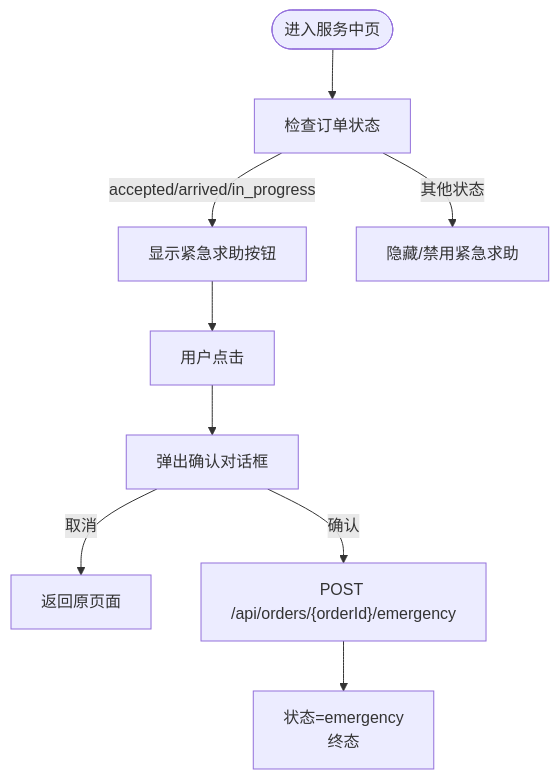
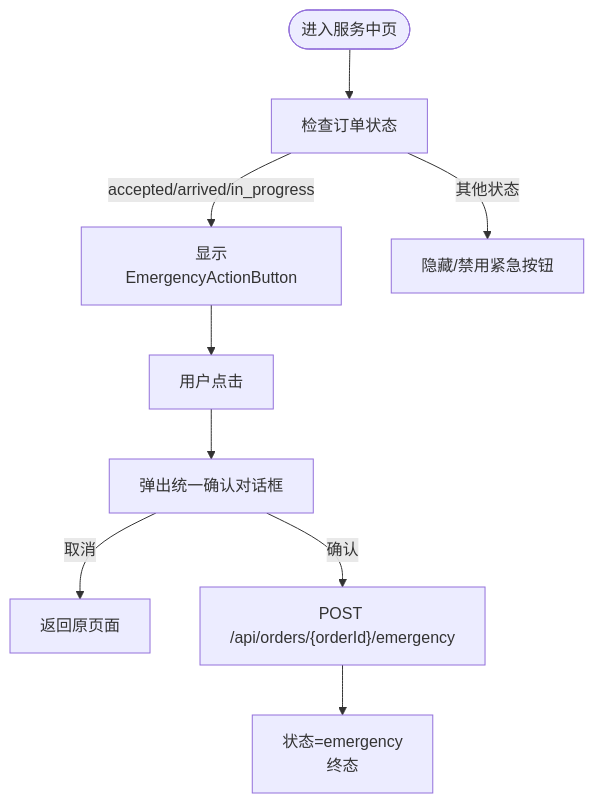
Before and after one commit to Jayden23018/blind-run-ios: the fifth of 7 diagrams in .qoder/repowiki/zh/content/核心功能模块/盲人跑者功能/紧急求助功能.md, drawn with Mermaid. The commit also changed other lines of this file and 11 other files, not shown here.

````diff
--- a/.qoder/repowiki/zh/content/核心功能模块/盲人跑者功能/紧急求助功能.md
+++ b/.qoder/repowiki/zh/content/核心功能模块/盲人跑者功能/紧急求助功能.md
@@ -109,11 +194,11 @@
 ```mermaid
 flowchart TD
 Start(["进入服务中页"]) --> Check["检查订单状态"]
-Check --> |accepted/arrived/in_progress| Enable["显示紧急求助按钮"]
-Check --> |其他状态| Disable["隐藏/禁用紧急求助"]
+Check --> |accepted/arrived/in_progress| Enable["显示EmergencyActionButton"]
+Check --> |其他状态| Disable["隐藏/禁用紧急按钮"]
 Enable --> Tap["用户点击"]
-Tap --> Confirm["弹出确认对话框"]
+Tap --> Confirm["弹出统一确认对话框"]
 Confirm --> |取消| Back["返回原页面"]
 Confirm --> |确认| CallAPI["POST /api/orders/{orderId}/emergency"]
 CallAPI --> EM["状态=emergency<br/>终态"]
 ```
````
